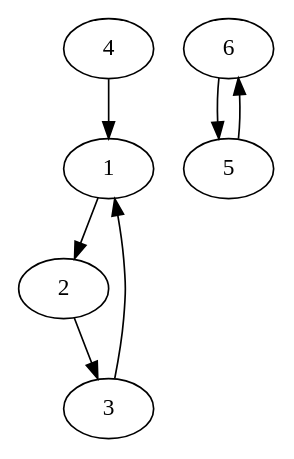
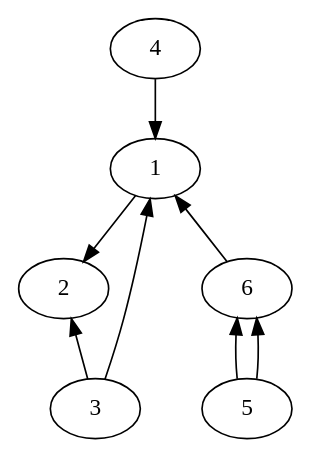
Before and after one commit to kmandelbaum/yagvis: the diagram in data/1.dot, drawn with Graphviz. The commit also changed 5 other files, not shown here.

```diff
--- a/data/1.dot
+++ b/data/1.dot
@@ -1,10 +1,9 @@
 digraph graph1 {
-    1[label="1"]
-    2[label="2"]
     1->2
-    2->3
+    2->3[dir=back]
     3->1
     4->1
-    6->5
+    6->5[dir=back]
     5->6
+    1->6[dir=back]
 }
```
